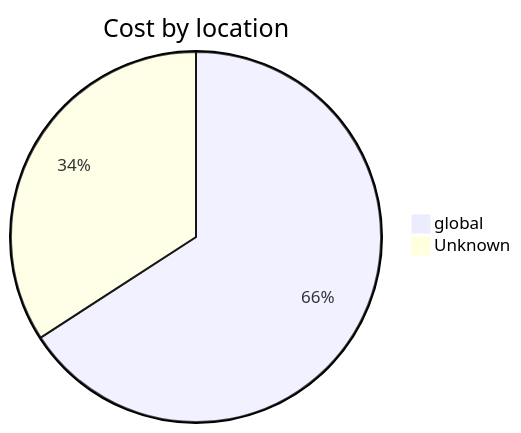
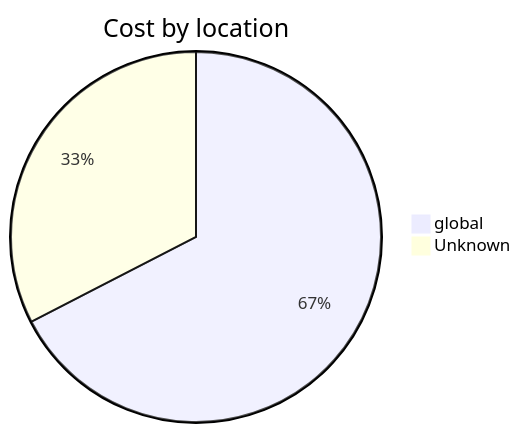
Before and after one commit to jpfulton/azure-personal-reports: the third of 4 diagrams in cost-reports/personal-network/private.jpatrickfulton.com.md, drawn with Mermaid. The commit also changed other lines of this file and 8 other files, not shown here.

````diff
--- a/cost-reports/personal-network/private.jpatrickfulton.com.md
+++ b/cost-reports/personal-network/private.jpatrickfulton.com.md
@@ -108,6 +108,6 @@
 ```mermaid
 pie
    title Cost by location
-   "global" : 0.27
+   "global" : 0.29
    "Unknown" : 0.14
 ```
````
